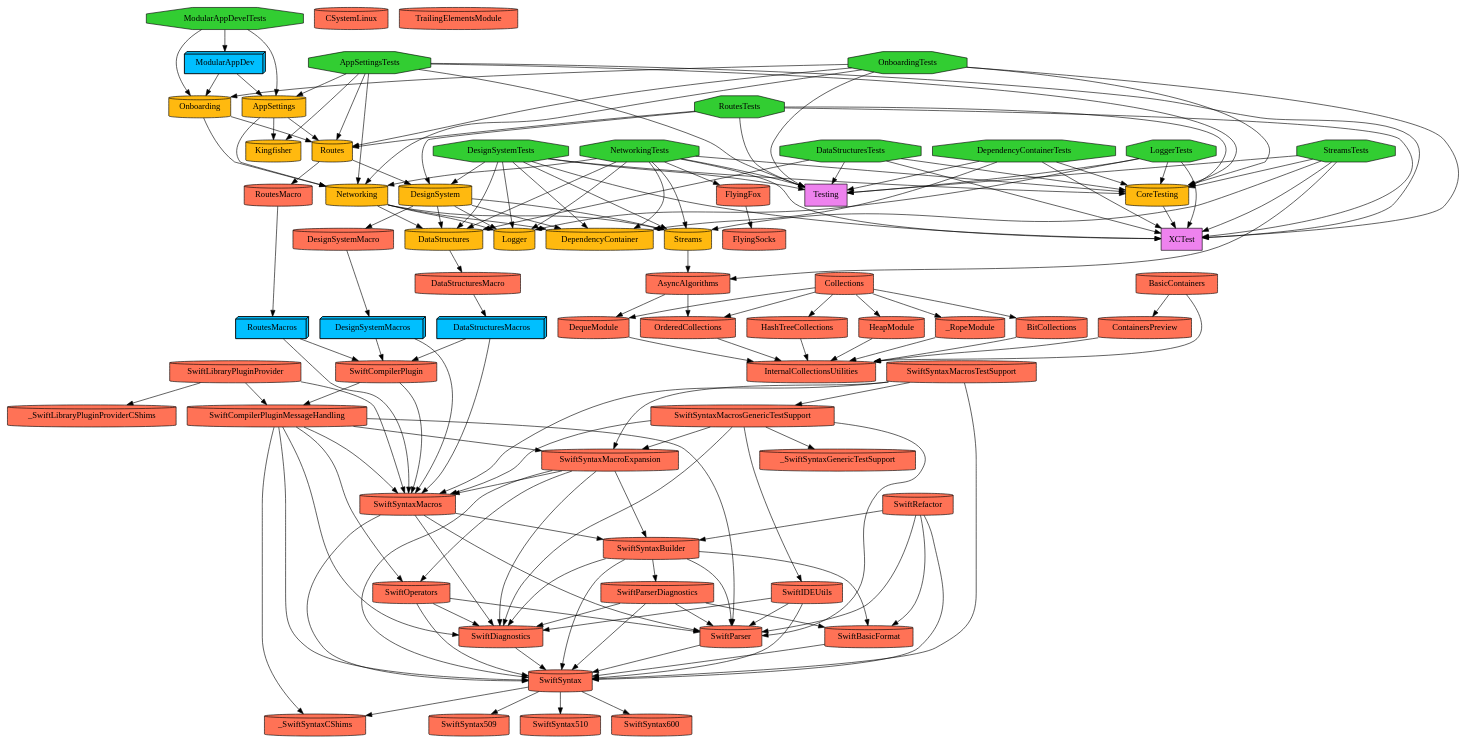
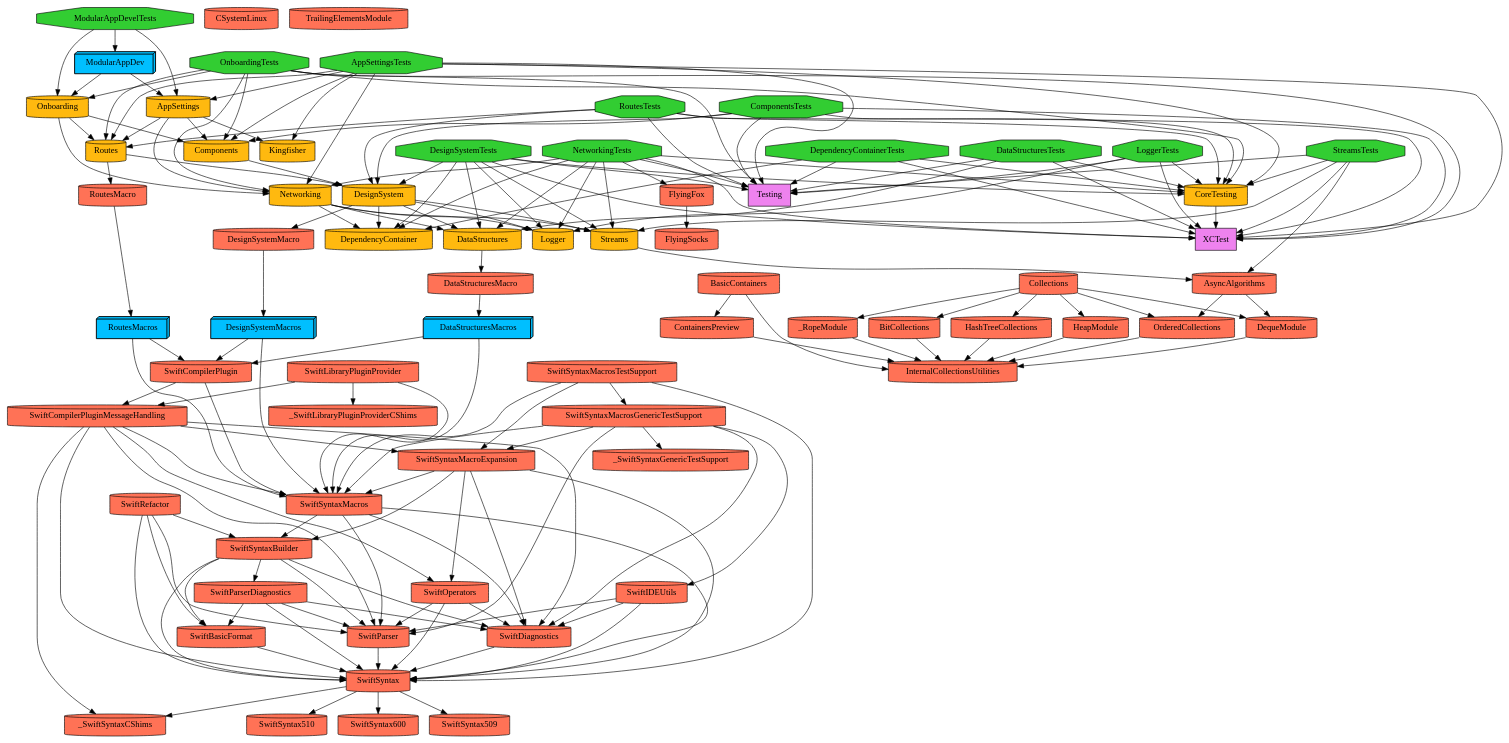
One commit to stefanomondino/ModularApp changed the diagram in graph.dot. Above: the diagram before and after it, drawn with Graphviz. The commit also changed 28 other files, not shown here.

```diff
--- a/graph.dot
+++ b/graph.dot
@@ -6,6 +6,8 @@
   BitCollections [fillcolor=coral1 shape=cylinder style=filled]
   CSystemLinux [fillcolor=coral1 shape=cylinder style=filled]
   Collections [fillcolor=coral1 shape=cylinder style=filled]
+  Components [fillcolor=darkgoldenrod1 shape=cylinder style=filled]
+  ComponentsTests [fillcolor=limegreen shape=octagon style=filled]
   ContainersPreview [fillcolor=coral1 shape=cylinder style=filled]
   CoreTesting [fillcolor=darkgoldenrod1 shape=cylinder style=filled]
   DataStructures [fillcolor=darkgoldenrod1 shape=cylinder style=filled]
@@ -66,164 +68,174 @@
   _SwiftLibraryPluginProviderCShims [fillcolor=coral1 shape=cylinder style=filled]
   _SwiftSyntaxCShims [fillcolor=coral1 shape=cylinder style=filled]
   _SwiftSyntaxGenericTestSupport [fillcolor=coral1 shape=cylinder style=filled]
+  AppSettings -> Routes
+  AppSettings -> Components
   AppSettings -> Kingfisher
   AppSettings -> Networking
-  AppSettings -> Routes
+  AppSettingsTests -> Components
+  AppSettingsTests -> XCTest
+  AppSettingsTests -> Networking
+  AppSettingsTests -> CoreTesting
+  AppSettingsTests -> AppSettings
+  AppSettingsTests -> Testing
+  AppSettingsTests -> Routes
   AppSettingsTests -> Kingfisher
-  AppSettingsTests -> CoreTesting
-  AppSettingsTests -> Testing
-  AppSettingsTests -> Networking
-  AppSettingsTests -> XCTest
-  AppSettingsTests -> Routes
-  AppSettingsTests -> AppSettings
+  AsyncAlgorithms -> OrderedCollections
   AsyncAlgorithms -> DequeModule
-  AsyncAlgorithms -> OrderedCollections
   BasicContainers -> InternalCollectionsUtilities
   BasicContainers -> ContainersPreview
   BitCollections -> InternalCollectionsUtilities
-  Collections -> OrderedCollections
+  Collections -> _RopeModule
+  Collections -> HeapModule
   Collections -> HashTreeCollections
   Collections -> BitCollections
+  Collections -> OrderedCollections
   Collections -> DequeModule
-  Collections -> _RopeModule
-  Collections -> HeapModule
+  Components -> DesignSystem
+  ComponentsTests -> XCTest
+  ComponentsTests -> DesignSystem
+  ComponentsTests -> Components
+  ComponentsTests -> CoreTesting
+  ComponentsTests -> Testing
   ContainersPreview -> InternalCollectionsUtilities
   CoreTesting -> XCTest
   DataStructures -> DataStructuresMacro
   DataStructuresMacro -> DataStructuresMacros
+  DataStructuresMacros -> SwiftCompilerPlugin
   DataStructuresMacros -> SwiftSyntaxMacros
-  DataStructuresMacros -> SwiftCompilerPlugin
+  DataStructuresTests -> CoreTesting
   DataStructuresTests -> DataStructures
   DataStructuresTests -> XCTest
-  DataStructuresTests -> CoreTesting
   DataStructuresTests -> Testing
+  DependencyContainerTests -> CoreTesting
+  DependencyContainerTests -> XCTest
+  DependencyContainerTests -> Testing
   DependencyContainerTests -> DependencyContainer
-  DependencyContainerTests -> Testing
-  DependencyContainerTests -> XCTest
-  DependencyContainerTests -> CoreTesting
   DequeModule -> InternalCollectionsUtilities
+  DesignSystem -> DependencyContainer
   DesignSystem -> DataStructures
-  DesignSystem -> DependencyContainer
   DesignSystem -> DesignSystemMacro
+  DesignSystem -> Streams
   DesignSystem -> Logger
-  DesignSystem -> Streams
   DesignSystemMacro -> DesignSystemMacros
+  DesignSystemMacros -> SwiftCompilerPlugin
   DesignSystemMacros -> SwiftSyntaxMacros
-  DesignSystemMacros -> SwiftCompilerPlugin
-  DesignSystemTests -> Logger
   DesignSystemTests -> CoreTesting
   DesignSystemTests -> DesignSystem
+  DesignSystemTests -> DependencyContainer
+  DesignSystemTests -> Logger
+  DesignSystemTests -> Streams
+  DesignSystemTests -> DataStructures
   DesignSystemTests -> XCTest
-  DesignSystemTests -> DataStructures
-  DesignSystemTests -> DependencyContainer
-  DesignSystemTests -> Streams
   DesignSystemTests -> Testing
   FlyingFox -> FlyingSocks
   HashTreeCollections -> InternalCollectionsUtilities
   HeapModule -> InternalCollectionsUtilities
+  LoggerTests -> XCTest
+  LoggerTests -> CoreTesting
   LoggerTests -> Testing
-  LoggerTests -> XCTest
   LoggerTests -> Logger
-  LoggerTests -> CoreTesting
+  ModularAppDev -> AppSettings
   ModularAppDev -> Onboarding
-  ModularAppDev -> AppSettings
+  ModularAppDevelTests -> AppSettings
   ModularAppDevelTests -> ModularAppDev
-  ModularAppDevelTests -> AppSettings
   ModularAppDevelTests -> Onboarding
+  Networking -> Streams
+  Networking -> Logger
   Networking -> DataStructures
   Networking -> DependencyContainer
-  Networking -> Streams
-  Networking -> Logger
-  NetworkingTests -> XCTest
-  NetworkingTests -> DataStructures
-  NetworkingTests -> Networking
-  NetworkingTests -> Testing
-  NetworkingTests -> DependencyContainer
-  NetworkingTests -> CoreTesting
   NetworkingTests -> FlyingFox
   NetworkingTests -> Logger
+  NetworkingTests -> Testing
+  NetworkingTests -> Networking
+  NetworkingTests -> DependencyContainer
+  NetworkingTests -> DataStructures
+  NetworkingTests -> XCTest
   NetworkingTests -> Streams
+  NetworkingTests -> CoreTesting
+  Onboarding -> Components
   Onboarding -> Networking
   Onboarding -> Routes
+  OnboardingTests -> Networking
   OnboardingTests -> Routes
-  OnboardingTests -> Networking
+  OnboardingTests -> XCTest
+  OnboardingTests -> Components
   OnboardingTests -> Onboarding
+  OnboardingTests -> CoreTesting
   OnboardingTests -> Testing
-  OnboardingTests -> XCTest
-  OnboardingTests -> CoreTesting
   OrderedCollections -> InternalCollectionsUtilities
   Routes -> RoutesMacro
   Routes -> DesignSystem
   RoutesMacro -> RoutesMacros
+  RoutesMacros -> SwiftSyntaxMacros
   RoutesMacros -> SwiftCompilerPlugin
-  RoutesMacros -> SwiftSyntaxMacros
+  RoutesTests -> DesignSystem
+  RoutesTests -> Testing
   RoutesTests -> Routes
-  RoutesTests -> DesignSystem
+  RoutesTests -> CoreTesting
   RoutesTests -> XCTest
-  RoutesTests -> CoreTesting
-  RoutesTests -> Testing
   Streams -> AsyncAlgorithms
+  StreamsTests -> CoreTesting
   StreamsTests -> AsyncAlgorithms
   StreamsTests -> Streams
+  StreamsTests -> XCTest
   StreamsTests -> Testing
-  StreamsTests -> XCTest
-  StreamsTests -> CoreTesting
   SwiftBasicFormat -> SwiftSyntax
   SwiftCompilerPlugin -> SwiftCompilerPluginMessageHandling
   SwiftCompilerPlugin -> SwiftSyntaxMacros
+  SwiftCompilerPluginMessageHandling -> SwiftSyntaxMacroExpansion
+  SwiftCompilerPluginMessageHandling -> SwiftSyntaxMacros
   SwiftCompilerPluginMessageHandling -> SwiftSyntax
+  SwiftCompilerPluginMessageHandling -> SwiftOperators
   SwiftCompilerPluginMessageHandling -> SwiftDiagnostics
   SwiftCompilerPluginMessageHandling -> _SwiftSyntaxCShims
   SwiftCompilerPluginMessageHandling -> SwiftParser
-  SwiftCompilerPluginMessageHandling -> SwiftSyntaxMacros
-  SwiftCompilerPluginMessageHandling -> SwiftOperators
-  SwiftCompilerPluginMessageHandling -> SwiftSyntaxMacroExpansion
   SwiftDiagnostics -> SwiftSyntax
   SwiftIDEUtils -> SwiftParser
+  SwiftIDEUtils -> SwiftDiagnostics
   SwiftIDEUtils -> SwiftSyntax
-  SwiftIDEUtils -> SwiftDiagnostics
-  SwiftLibraryPluginProvider -> SwiftSyntaxMacros
   SwiftLibraryPluginProvider -> SwiftCompilerPluginMessageHandling
   SwiftLibraryPluginProvider -> _SwiftLibraryPluginProviderCShims
+  SwiftLibraryPluginProvider -> SwiftSyntaxMacros
   SwiftOperators -> SwiftSyntax
+  SwiftOperators -> SwiftDiagnostics
   SwiftOperators -> SwiftParser
-  SwiftOperators -> SwiftDiagnostics
   SwiftParser -> SwiftSyntax
-  SwiftParserDiagnostics -> SwiftParser
   SwiftParserDiagnostics -> SwiftBasicFormat
   SwiftParserDiagnostics -> SwiftSyntax
+  SwiftParserDiagnostics -> SwiftParser
   SwiftParserDiagnostics -> SwiftDiagnostics
+  SwiftRefactor -> SwiftBasicFormat
   SwiftRefactor -> SwiftSyntaxBuilder
   SwiftRefactor -> SwiftSyntax
-  SwiftRefactor -> SwiftBasicFormat
   SwiftRefactor -> SwiftParser
+  SwiftSyntax -> SwiftSyntax509
   SwiftSyntax -> SwiftSyntax510
+  SwiftSyntax -> _SwiftSyntaxCShims
   SwiftSyntax -> SwiftSyntax600
-  SwiftSyntax -> SwiftSyntax509
-  SwiftSyntax -> _SwiftSyntaxCShims
+  SwiftSyntaxBuilder -> SwiftParser
+  SwiftSyntaxBuilder -> SwiftParserDiagnostics
   SwiftSyntaxBuilder -> SwiftBasicFormat
   SwiftSyntaxBuilder -> SwiftSyntax
-  SwiftSyntaxBuilder -> SwiftParser
-  SwiftSyntaxBuilder -> SwiftParserDiagnostics
   SwiftSyntaxBuilder -> SwiftDiagnostics
-  SwiftSyntaxMacroExpansion -> SwiftDiagnostics
   SwiftSyntaxMacroExpansion -> SwiftSyntaxBuilder
   SwiftSyntaxMacroExpansion -> SwiftSyntaxMacros
+  SwiftSyntaxMacroExpansion -> SwiftDiagnostics
+  SwiftSyntaxMacroExpansion -> SwiftSyntax
   SwiftSyntaxMacroExpansion -> SwiftOperators
-  SwiftSyntaxMacroExpansion -> SwiftSyntax
+  SwiftSyntaxMacros -> SwiftSyntax
   SwiftSyntaxMacros -> SwiftDiagnostics
+  SwiftSyntaxMacros -> SwiftParser
   SwiftSyntaxMacros -> SwiftSyntaxBuilder
-  SwiftSyntaxMacros -> SwiftSyntax
-  SwiftSyntaxMacros -> SwiftParser
+  SwiftSyntaxMacrosGenericTestSupport -> SwiftParser
+  SwiftSyntaxMacrosGenericTestSupport -> SwiftSyntaxMacros
+  SwiftSyntaxMacrosGenericTestSupport -> SwiftSyntaxMacroExpansion
   SwiftSyntaxMacrosGenericTestSupport -> _SwiftSyntaxGenericTestSupport
-  SwiftSyntaxMacrosGenericTestSupport -> SwiftSyntaxMacros
-  SwiftSyntaxMacrosGenericTestSupport -> SwiftParser
   SwiftSyntaxMacrosGenericTestSupport -> SwiftIDEUtils
-  SwiftSyntaxMacrosGenericTestSupport -> SwiftSyntaxMacroExpansion
   SwiftSyntaxMacrosGenericTestSupport -> SwiftDiagnostics
-  SwiftSyntaxMacrosTestSupport -> SwiftSyntaxMacrosGenericTestSupport
   SwiftSyntaxMacrosTestSupport -> SwiftSyntaxMacros
   SwiftSyntaxMacrosTestSupport -> SwiftSyntaxMacroExpansion
   SwiftSyntaxMacrosTestSupport -> SwiftSyntax
+  SwiftSyntaxMacrosTestSupport -> SwiftSyntaxMacrosGenericTestSupport
   _RopeModule -> InternalCollectionsUtilities
 }
```
